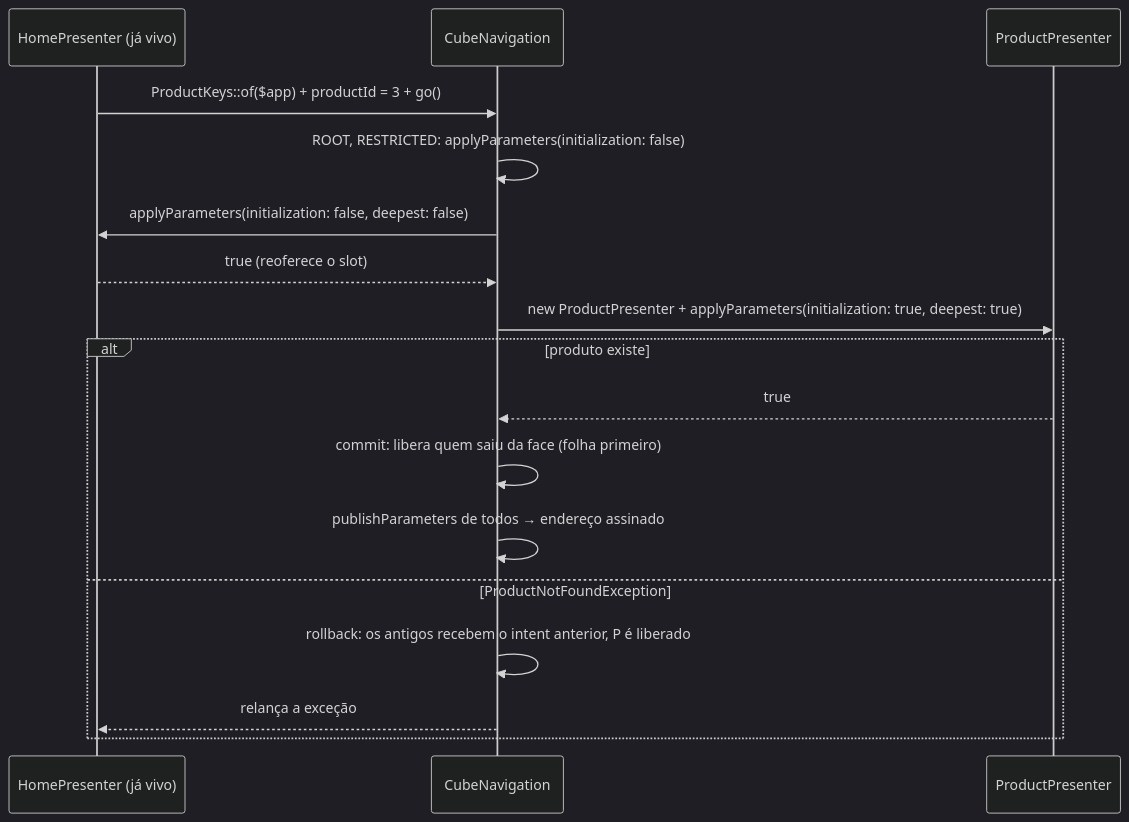
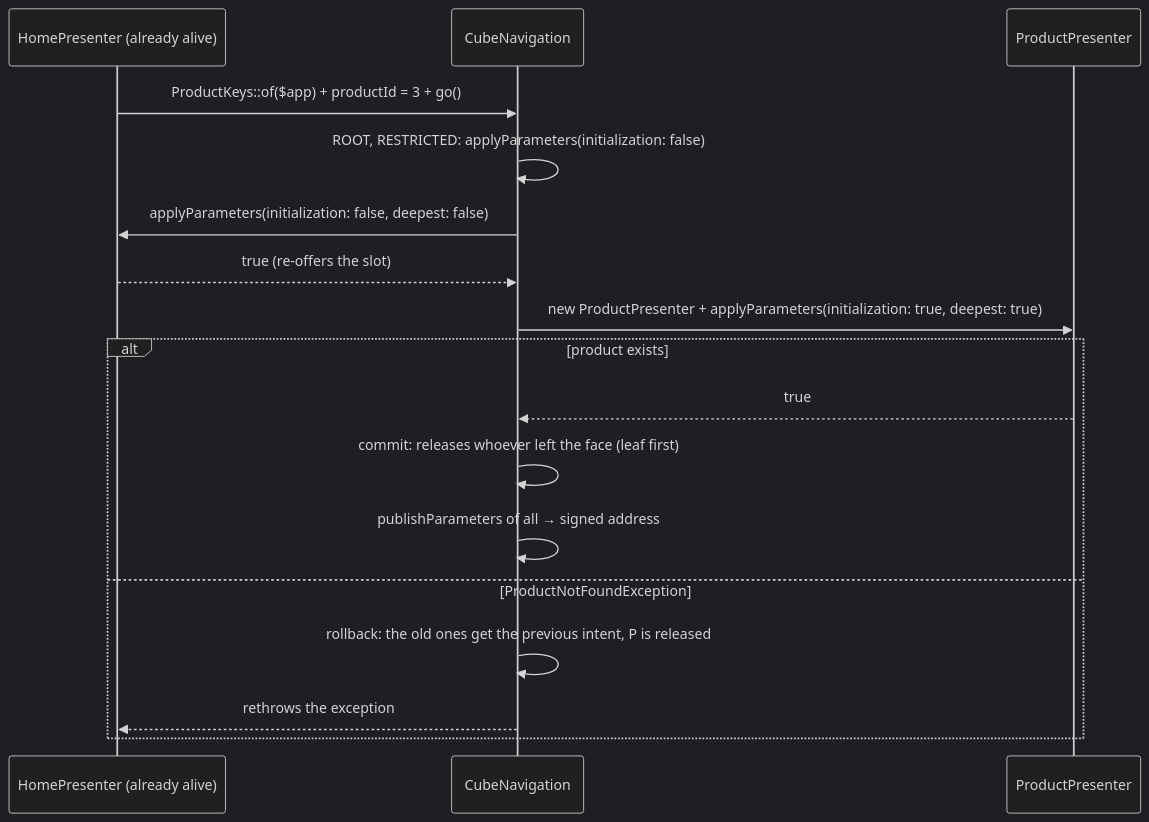
One commit to mrcdom/wdc-cube-php changed the second of 5 diagrams in docs/dev/presentation-module.md. Above: the diagram before and after it, drawn with Mermaid (dark theme). The commit also changed other lines of this file and 303 other files, not shown here.

````diff
--- a/docs/dev/presentation-module.md
+++ b/docs/dev/presentation-module.md
@@ -124,19 +124,19 @@
 ```mermaid
 sequenceDiagram
-    participant H as HomePresenter (já vivo)
+    participant H as HomePresenter (already alive)
     participant N as CubeNavigation
     participant P as ProductPresenter
     H->>N: ProductKeys::of($app) + productId = 3 + go()
     N->>N: ROOT, RESTRICTED: applyParameters(initialization: false)
     N->>H: applyParameters(initialization: false, deepest: false)
-    H-->>N: true (reoferece o slot)
+    H-->>N: true (re-offers the slot)
     N->>P: new ProductPresenter + applyParameters(initialization: true, deepest: true)
-    alt produto existe
+    alt product exists
         P-->>N: true
-        N->>N: commit: libera quem saiu da face (folha primeiro)
-        N->>N: publishParameters de todos → endereço assinado
+        N->>N: commit: releases whoever left the face (leaf first)
+        N->>N: publishParameters of all → signed address
     else ProductNotFoundException
-        N->>N: rollback: os antigos recebem o intent anterior, P é liberado
-        N-->>H: relança a exceção
+        N->>N: rollback: the old ones get the previous intent, P is released
+        N-->>H: rethrows the exception
     end
 ```
````
